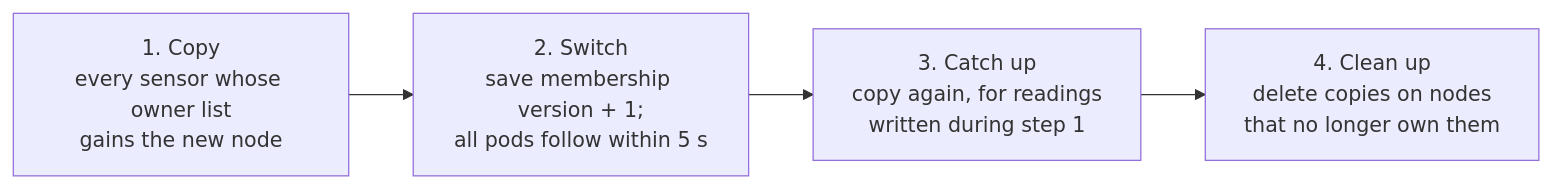
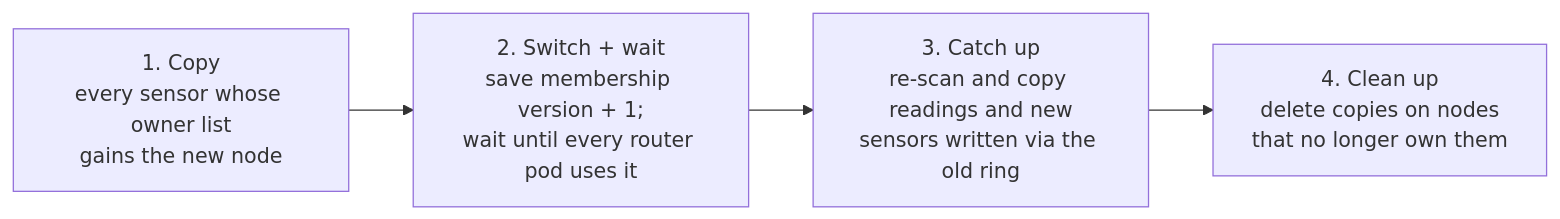
One commit to MrudulDhaduk/s1-smart-agriculture changed the third of 4 diagrams in docs/p3-concept-scaling-monitoring.md. Above: the diagram before and after it, drawn with Mermaid. The commit also changed other lines of this file and 19 other files, not shown here.

````diff
--- a/docs/p3-concept-scaling-monitoring.md
+++ b/docs/p3-concept-scaling-monitoring.md
@@ -133,6 +133,6 @@
 ```mermaid
 flowchart LR
-    A["1. Copy<br/>every sensor whose owner list<br/>gains the new node"] --> B["2. Switch<br/>save membership version + 1;<br/>all pods follow within 5 s"]
-    B --> C["3. Catch up<br/>copy again, for readings<br/>written during step 1"]
+    A["1. Copy<br/>every sensor whose owner list<br/>gains the new node"] --> B["2. Switch + wait<br/>save membership version + 1;<br/>wait until every router pod uses it"]
+    B --> C["3. Catch up<br/>re-scan and copy readings and new<br/>sensors written via the old ring"]
     C --> D["4. Clean up<br/>delete copies on nodes<br/>that no longer own them"]
 ```
````
